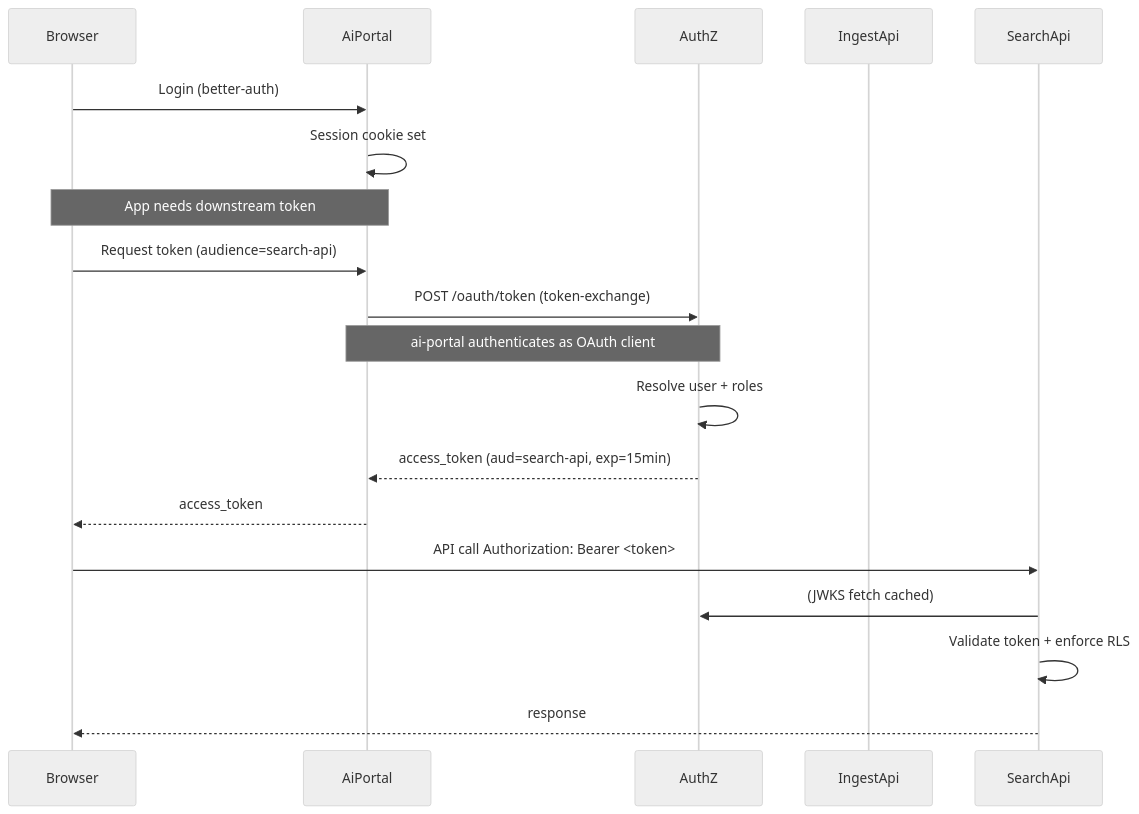
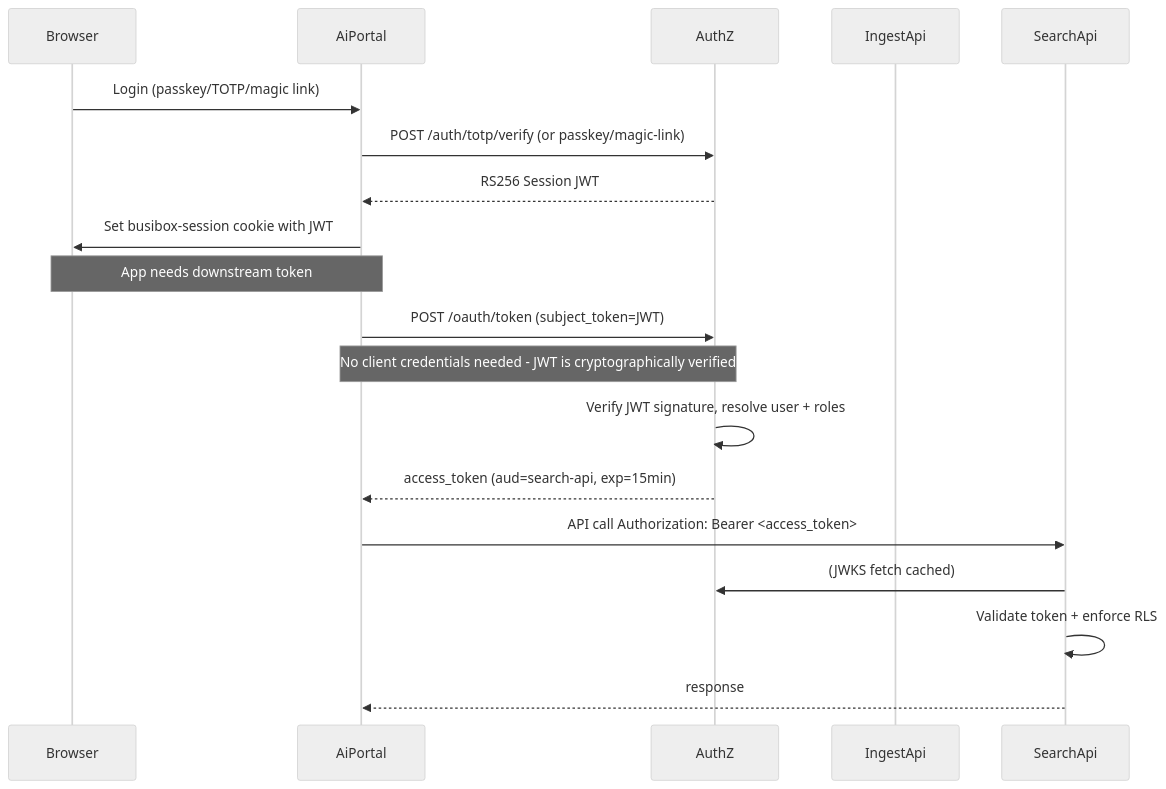
One commit to navgen-ai/busibox changed the diagram in docs/guides/auth-api/oauth2-token-exchange-implementation.md. Above: the diagram before and after it, drawn with Mermaid (neutral theme). The commit also changed other lines of this file and 76 other files, not shown here.

````diff
--- a/docs/guides/auth-api/oauth2-token-exchange-implementation.md
+++ b/docs/guides/auth-api/oauth2-token-exchange-implementation.md
@@ -188,25 +192,25 @@
 ```mermaid
 sequenceDiagram
   participant Browser
   participant AiPortal
   participant AuthZ
   participant IngestApi
   participant SearchApi
 
-  Browser->>AiPortal: Login (better-auth)
-  AiPortal->>AiPortal: Session cookie set
+  Browser->>AiPortal: Login (passkey/TOTP/magic link)
+  AiPortal->>AuthZ: POST /auth/totp/verify (or passkey/magic-link)
+  AuthZ-->>AiPortal: RS256 Session JWT
+  AiPortal->>Browser: Set busibox-session cookie with JWT
 
   Note over Browser,AiPortal: App needs downstream token
 
-  Browser->>AiPortal: Request token (audience=search-api)
-  AiPortal->>AuthZ: POST /oauth/token (token-exchange)
-  Note over AiPortal,AuthZ: ai-portal authenticates as OAuth client
-  AuthZ->>AuthZ: Resolve user + roles
+  AiPortal->>AuthZ: POST /oauth/token (subject_token=JWT)
+  Note over AiPortal,AuthZ: No client credentials needed - JWT is cryptographically verified
+  AuthZ->>AuthZ: Verify JWT signature, resolve user + roles
   AuthZ-->>AiPortal: access_token (aud=search-api, exp=15min)
-  AiPortal-->>Browser: access_token
 
-  Browser->>SearchApi: API call Authorization: Bearer <token>
+  AiPortal->>SearchApi: API call Authorization: Bearer <access_token>
   SearchApi->>AuthZ: (JWKS fetch cached)
   SearchApi->>SearchApi: Validate token + enforce RLS
-  SearchApi-->>Browser: response
+  SearchApi-->>AiPortal: response
 ```
````
